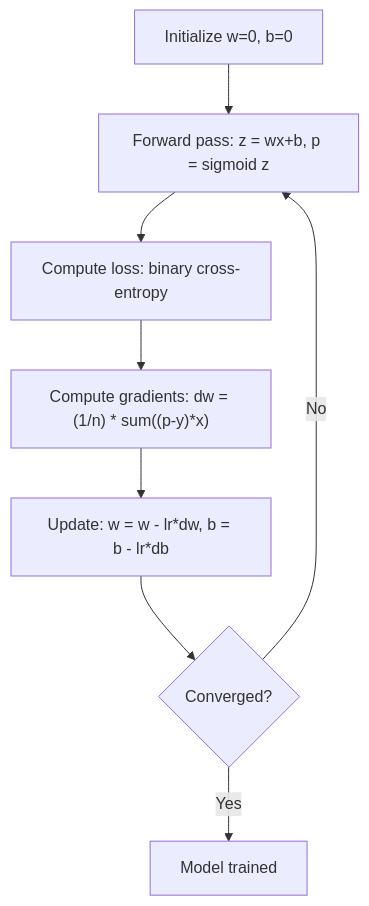
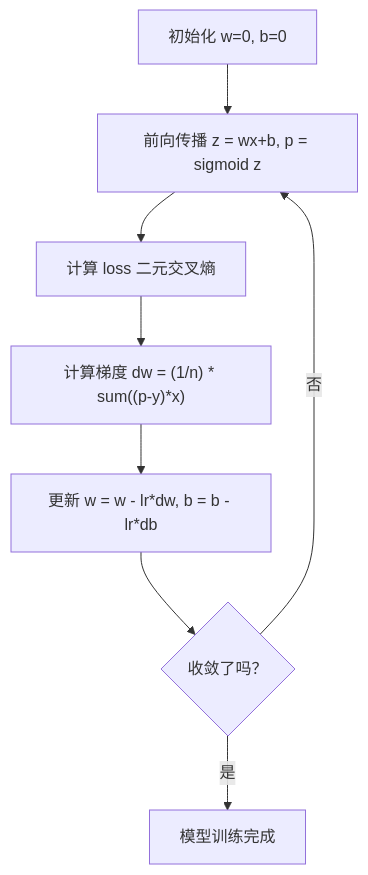
Before and after one commit to JerryC8080/ai-engineering-from-scratch-zh: the second of 2 diagrams in phases/02-ml-fundamentals/03-logistic-regression/docs/zh.md, drawn with Mermaid. The commit also changed other lines of this file and 156 other files, not shown here.

First line of the commit message:
i18n(zh): translate mermaid diagram labels in 157 lesson zh.md

````diff
--- a/phases/02-ml-fundamentals/03-logistic-regression/docs/zh.md
+++ b/phases/02-ml-fundamentals/03-logistic-regression/docs/zh.md
@@ -104,10 +104,10 @@
 ```mermaid
 flowchart TD
-    A[Initialize w=0, b=0] --> B[Forward pass: z = wx+b, p = sigmoid z]
-    B --> C[Compute loss: binary cross-entropy]
-    C --> D["Compute gradients: dw = (1/n) * sum((p-y)*x)"]
-    D --> E[Update: w = w - lr*dw, b = b - lr*db]
-    E --> F{Converged?}
-    F -->|No| B
-    F -->|Yes| G[Model trained]
+    A[初始化 w=0, b=0] --> B[前向传播 z = wx+b, p = sigmoid z]
+    B --> C[计算 loss 二元交叉熵]
+    C --> D["计算梯度 dw = (1/n) * sum((p-y)*x)"]
+    D --> E[更新 w = w - lr*dw, b = b - lr*db]
+    E --> F{收敛了吗？}
+    F -->|否| B
+    F -->|是| G[模型训练完成]
 ```
````
